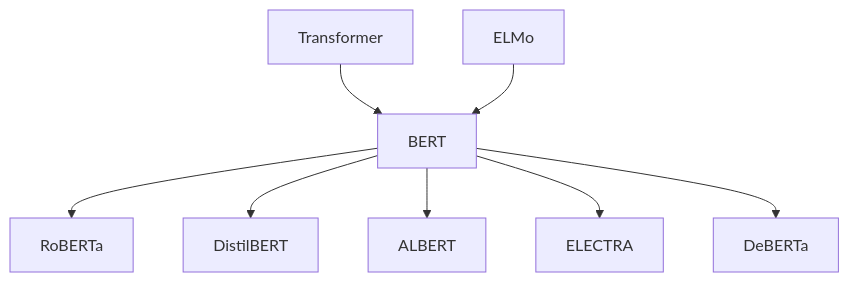
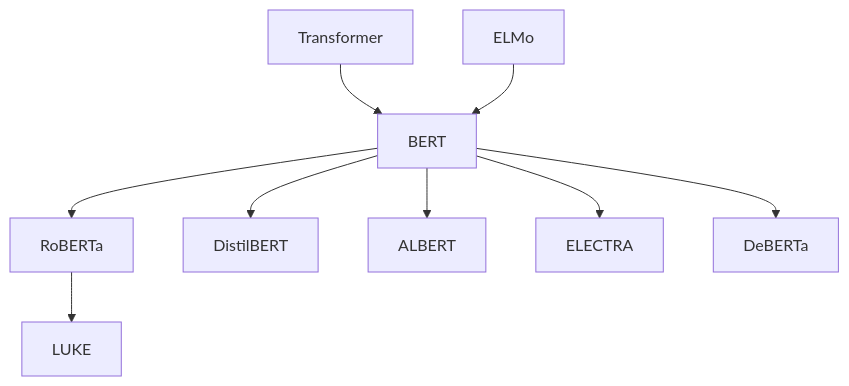
Before and after one commit to ted-sharp/chatvox: the sixth of 17 diagrams in doc/llm.md, drawn with Mermaid. The commit also changed other lines of this file, not shown here.

````diff
--- a/doc/llm.md
+++ b/doc/llm.md
@@ -272,10 +278,10 @@
 ```mermaid
 flowchart
 
 Transformer --> BERT
-ELMo --> BERT --> RoBERTa
+ELMo --> BERT --> RoBERTa --> LUKE
 BERT --> DistilBERT
 BERT --> ALBERT
 BERT --> ELECTRA
 BERT --> DeBERTa
 ```
````
